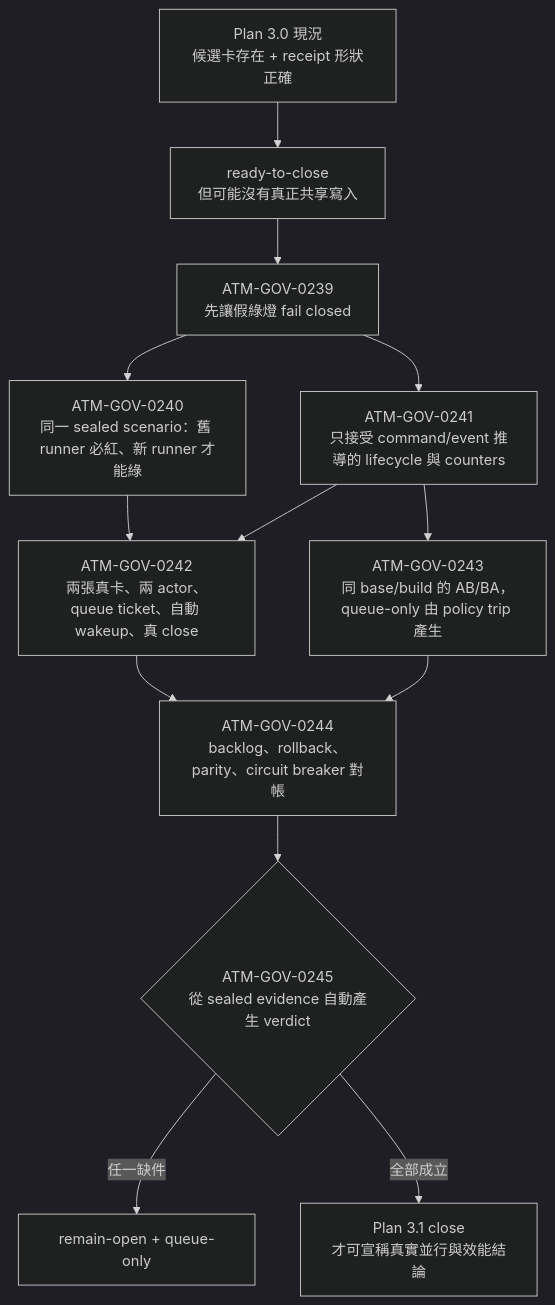
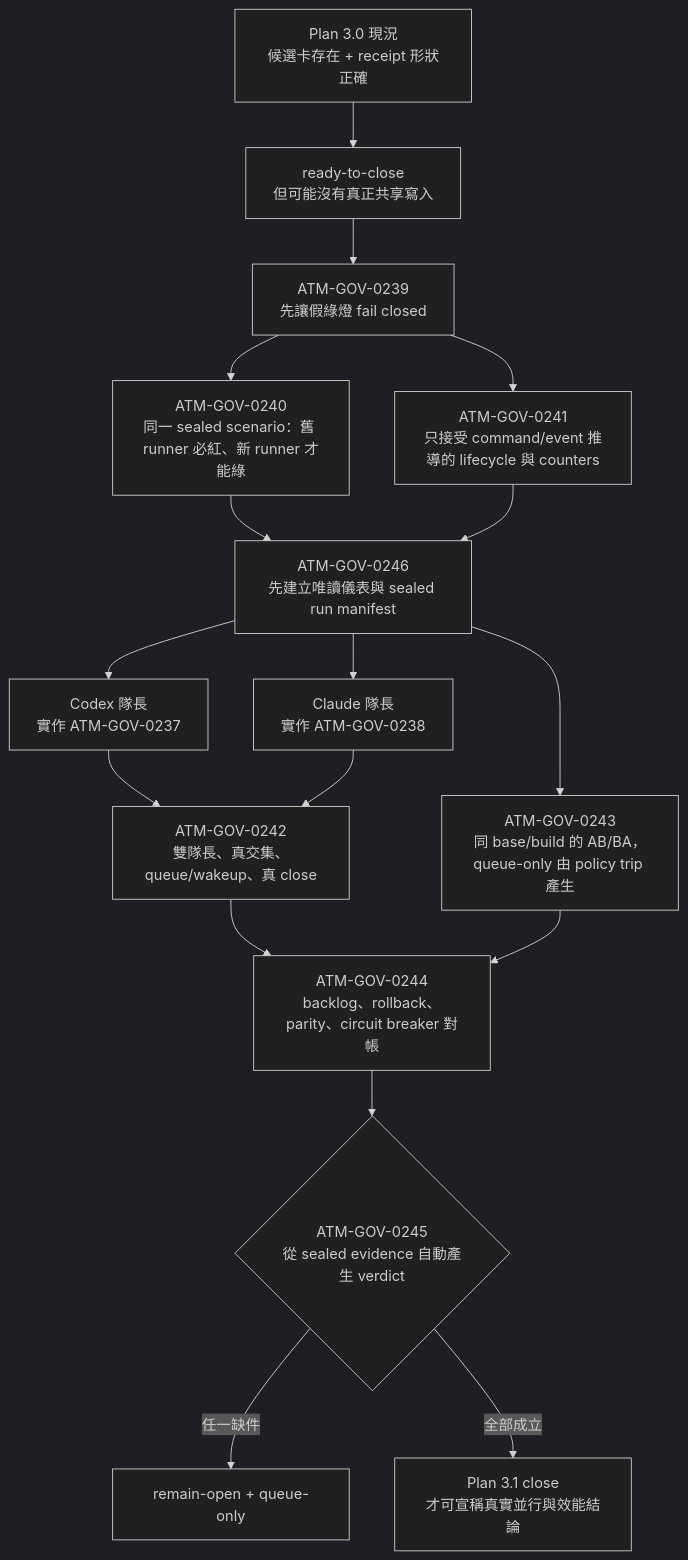
One commit to eaglhuang/3klife changed the diagram in docs/ai_atomic_framework/governance-optimization/end-to-end-auto-batch-performance-plan-v3.md. Above: the diagram before and after it, drawn with Mermaid (dark theme). The commit also changed other lines of this file and 8 other files, not shown here.

````diff
--- a/docs/ai_atomic_framework/governance-optimization/end-to-end-auto-batch-performance-plan-v3.md
+++ b/docs/ai_atomic_framework/governance-optimization/end-to-end-auto-batch-performance-plan-v3.md
@@ -85,15 +87,19 @@
 ```mermaid
 flowchart TD
     A["Plan 3.0 現況<br/>候選卡存在 + receipt 形狀正確"] --> B["ready-to-close<br/>但可能沒有真正共享寫入"]
     B --> C["ATM-GOV-0239<br/>先讓假綠燈 fail closed"]
     C --> D["ATM-GOV-0240<br/>同一 sealed scenario：舊 runner 必紅、新 runner 才能綠"]
     C --> E["ATM-GOV-0241<br/>只接受 command/event 推導的 lifecycle 與 counters"]
-    D --> F["ATM-GOV-0242<br/>兩張真卡、兩 actor、queue ticket、自動 wakeup、真 close"]
-    E --> F
-    E --> G["ATM-GOV-0243<br/>同 base/build 的 AB/BA，queue-only 由 policy trip 產生"]
+    D --> L["ATM-GOV-0246<br/>先建立唯讀儀表與 sealed run manifest"]
+    E --> L
+    L --> CA["Codex 隊長<br/>實作 ATM-GOV-0237"]
+    L --> CL["Claude 隊長<br/>實作 ATM-GOV-0238"]
+    CA --> F["ATM-GOV-0242<br/>雙隊長、真交集、queue/wakeup、真 close"]
+    CL --> F
+    L --> G["ATM-GOV-0243<br/>同 base/build 的 AB/BA，queue-only 由 policy trip 產生"]
     F --> H["ATM-GOV-0244<br/>backlog、rollback、parity、circuit breaker 對帳"]
     G --> H
     H --> I{"ATM-GOV-0245<br/>從 sealed evidence 自動產生 verdict"}
     I -->|"任一缺件"| J["remain-open + queue-only"]
     I -->|"全部成立"| K["Plan 3.1 close<br/>才可宣稱真實並行與效能結論"]
 ```
````
